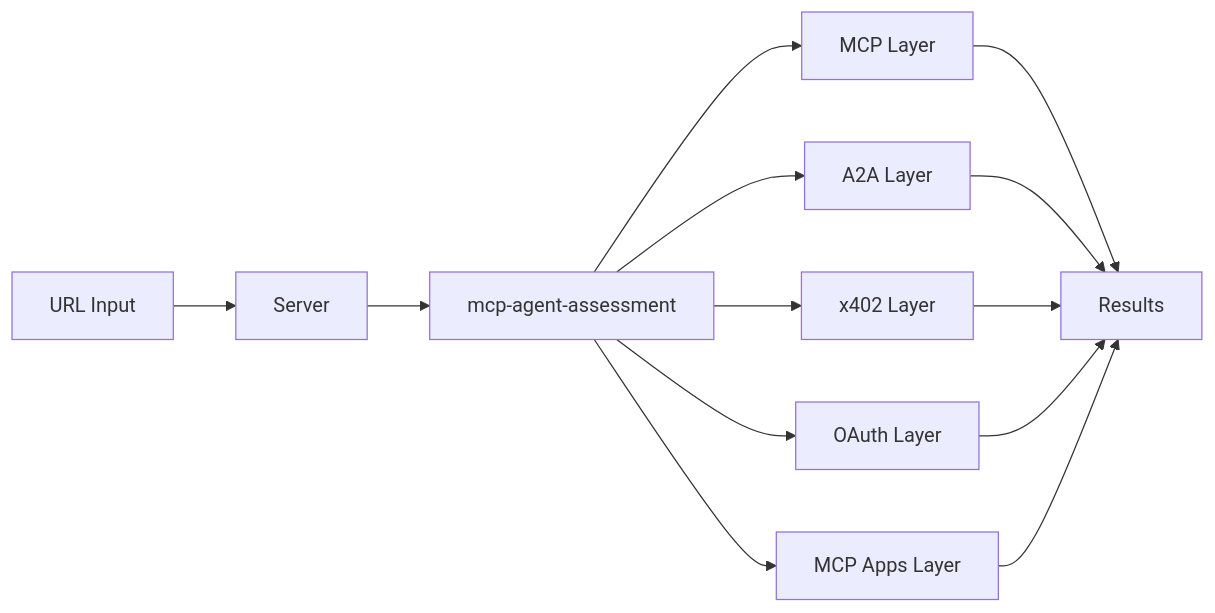
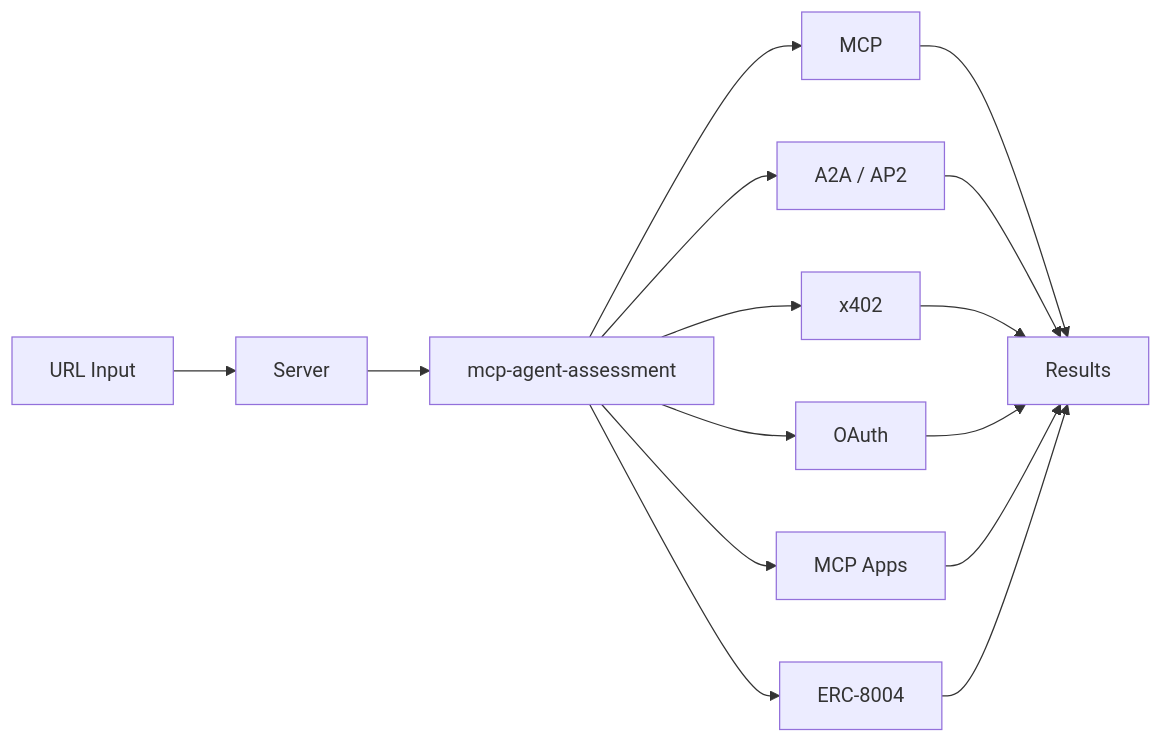
One commit to FlowMCP/x402-mcp-monitor changed the diagram in README.md. Above: the diagram before and after it, drawn with Mermaid. The commit also changed other lines of this file and 2 other files, not shown here.

````diff
--- a/README.md
+++ b/README.md
@@ -9,15 +20,17 @@
 ```mermaid
 flowchart LR
     A[URL Input] --> B[Server]
     B --> C[mcp-agent-assessment]
-    C --> D[MCP Layer]
-    C --> E[A2A Layer]
-    C --> F[x402 Layer]
-    C --> G[OAuth Layer]
-    C --> H[MCP Apps Layer]
+    C --> D[MCP]
+    C --> E[A2A / AP2]
+    C --> F[x402]
+    C --> G[OAuth]
+    C --> H[MCP Apps]
+    C --> K[ERC-8004]
     D --> I[Results]
     E --> I
     F --> I
     G --> I
     H --> I
+    K --> I
 ```
````
